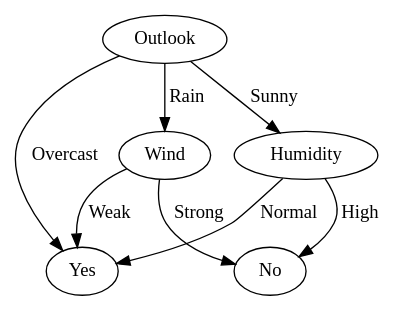
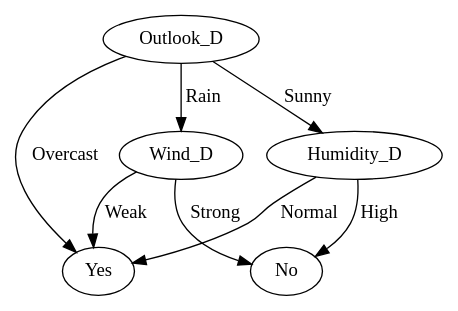
The diagram in ID3/Playtennis.gv (MostafaAbdallah/Machine_Learning_Algo_implementation), drawn with Graphviz before and after one commit. The commit also changed 7 other files, not shown here.

```diff
--- a/ID3/Playtennis.gv
+++ b/ID3/Playtennis.gv
@@ -1,19 +1,19 @@
 digraph finite_state_machine {
 	rankdir=TB size="8,5"
 	node [shape=ellipse]
-	Outlook
-	Outlook -> Humidity [label=Sunny]
-	Outlook -> Yes [label=Overcast]
-	Outlook -> Wind [label=Rain]
-	Humidity
-	Humidity -> No [label=High]
-	Humidity -> Yes [label=Normal]
+	Outlook_D
+	Outlook_D -> Humidity_D [label=Sunny]
+	Outlook_D -> Yes [label=Overcast]
+	Outlook_D -> Wind_D [label=Rain]
+	Humidity_D
+	Humidity_D -> No [label=High]
+	Humidity_D -> Yes [label=Normal]
 	Yes
-	Wind
-	Wind -> Yes [label=Weak]
-	Wind -> No [label=Strong]
+	Wind_D
+	Wind_D -> Yes [label=Weak]
+	Wind_D -> No [label=Strong]
 	No
 	Yes
 	Yes
 	No
 }
```
